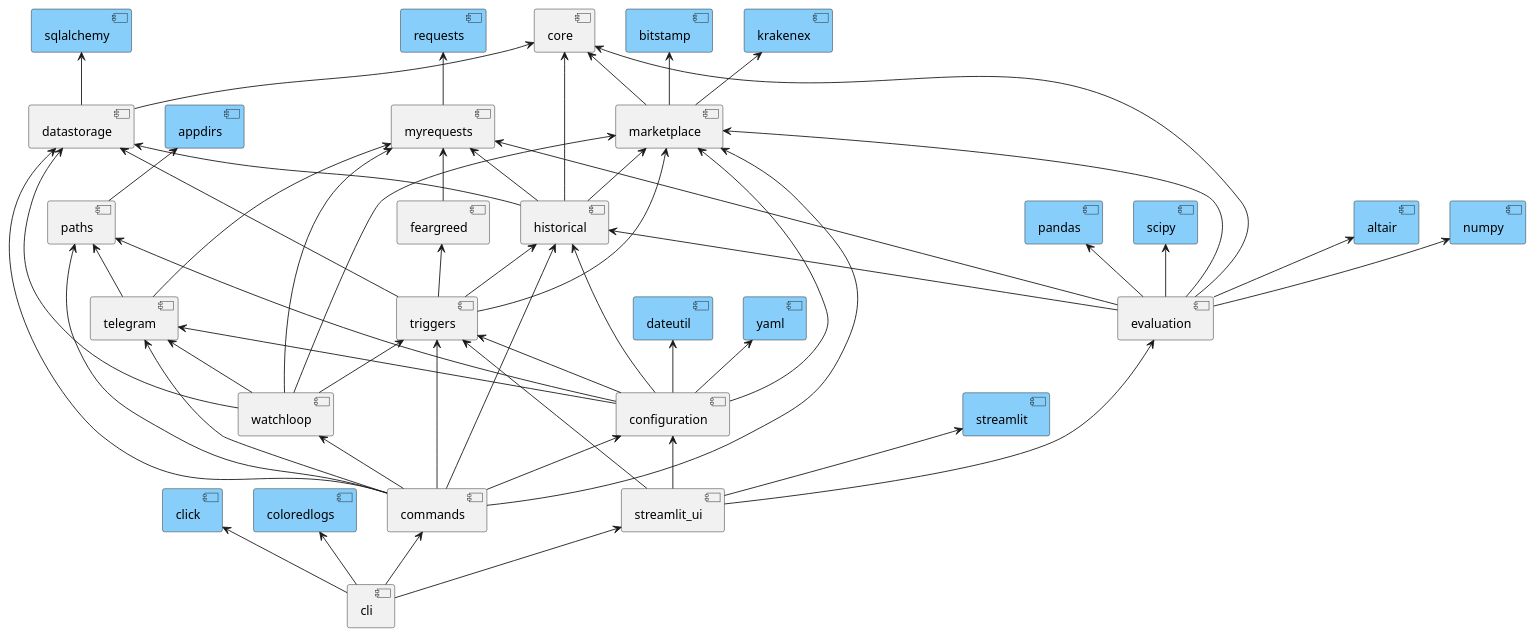
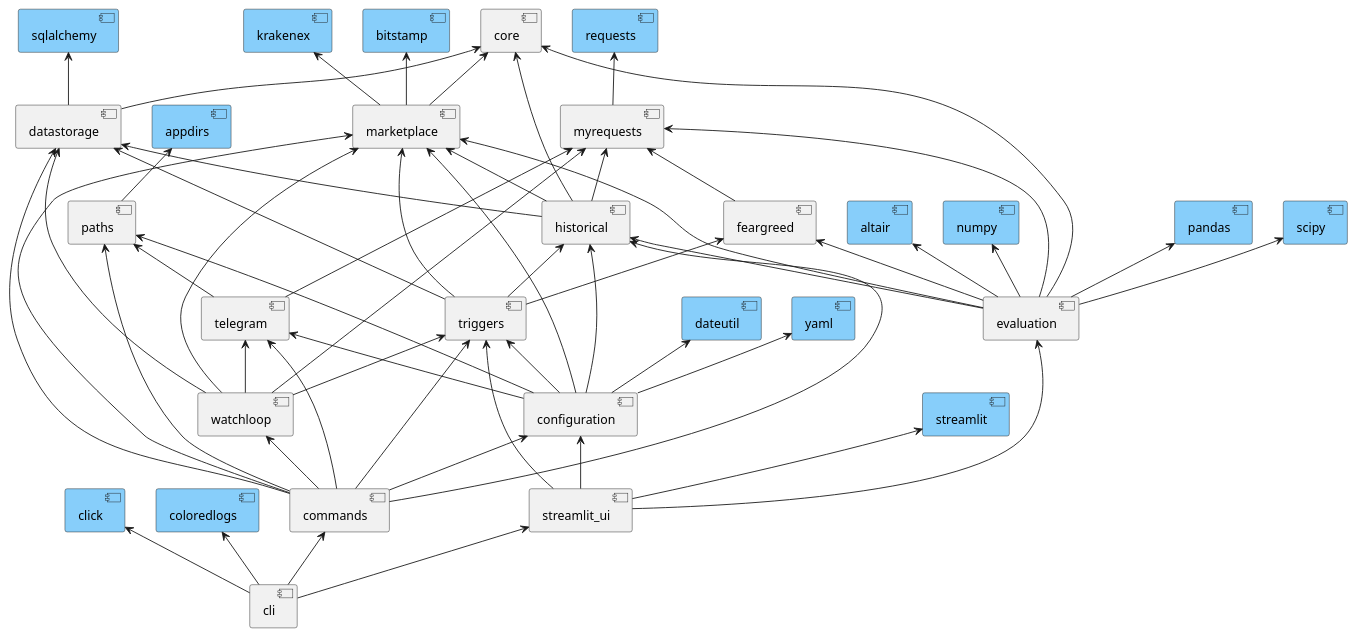
The diagram in docs/dev/graphs/_components.puml (martin-ueding/vigilant-crypto-snatch), drawn with PlantUML before and after one commit. The commit also changed 4 other files, not shown here.

```diff
--- a/docs/dev/graphs/_components.puml
+++ b/docs/dev/graphs/_components.puml
@@ -1,108 +1,109 @@
 @startuml
 
 component altair #lightskyblue
 component appdirs #lightskyblue
 component bitstamp #lightskyblue
 component click #lightskyblue
 component coloredlogs #lightskyblue
 component dateutil #lightskyblue
 component krakenex #lightskyblue
 component numpy #lightskyblue
 component pandas #lightskyblue
 component requests #lightskyblue
 component scipy #lightskyblue
 component sqlalchemy #lightskyblue
 component streamlit #lightskyblue
 component yaml #lightskyblue
 
 component cli
 component commands
 component configuration
 component core
 component datastorage
 component evaluation
 component feargreed
 component historical
 component marketplace
 component myrequests
 component paths
 component streamlit_ui
 component telegram
 component triggers
 component watchloop
 
 commands <-- cli
 streamlit_ui <-- cli
 
 click <-- cli
 coloredlogs <-- cli
 
 configuration <-- commands
 datastorage <-- commands
 historical <-- commands
 marketplace <-- commands
 paths <-- commands
 telegram <-- commands
 triggers <-- commands
 watchloop <-- commands
 
 historical <-- configuration
 marketplace <-- configuration
 paths <-- configuration
 telegram <-- configuration
 triggers <-- configuration
 
 yaml <-- configuration
 dateutil <-- configuration
 
 core <-- datastorage
 
 sqlalchemy <-- datastorage
 
 core <-- evaluation
 historical <-- evaluation
 marketplace <-- evaluation
 myrequests <-- evaluation
+feargreed <-- evaluation
 
 numpy <-- evaluation
 pandas <-- evaluation
 scipy <-- evaluation
 altair <-- evaluation
 
 myrequests <-- feargreed
 
 core <-- historical
 datastorage <-- historical
 marketplace <-- historical
 myrequests <-- historical
 
 core <-- marketplace
 
 bitstamp <-- marketplace
 krakenex <-- marketplace
 
 requests <-- myrequests
 
 appdirs <-- paths
 
 configuration <-- streamlit_ui
 evaluation <-- streamlit_ui
 triggers <-- streamlit_ui
 
 streamlit <-- streamlit_ui
 
 myrequests <-- telegram
 paths <-- telegram
 
 datastorage <-- triggers
 feargreed <-- triggers
 historical <-- triggers
 marketplace <-- triggers
 
 datastorage <-- watchloop
 marketplace <-- watchloop
 myrequests <-- watchloop
 telegram <-- watchloop
 triggers <-- watchloop
 
 @enduml
```
